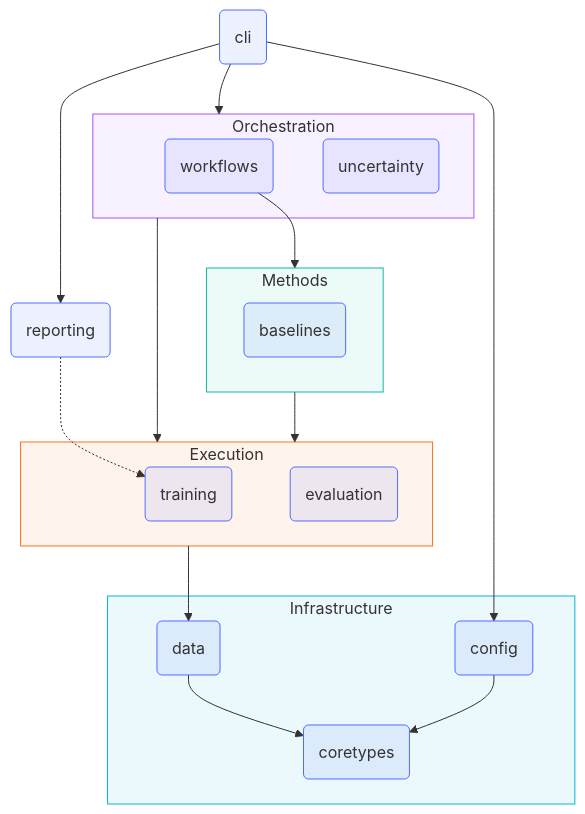
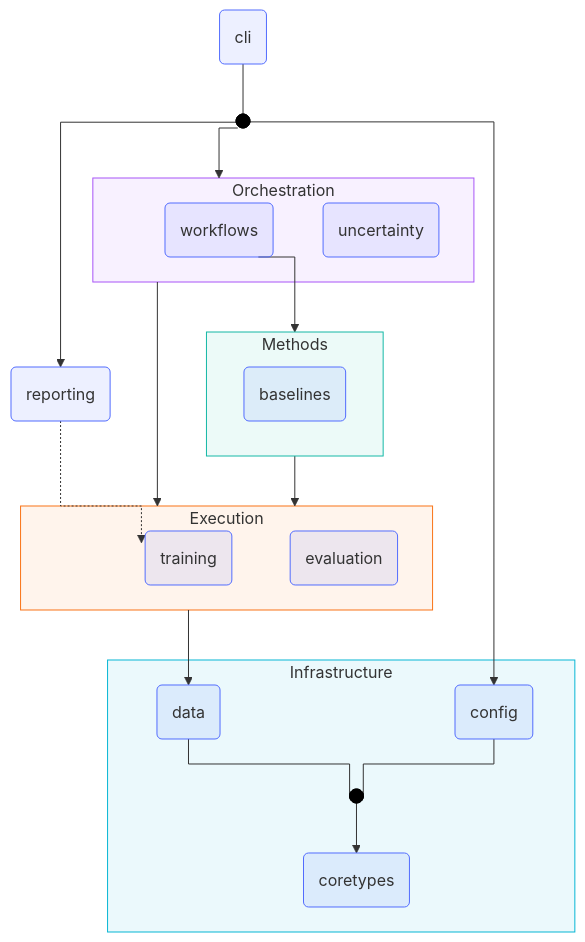
The second of 2 diagrams in docs/architecture/system-design.md (krishdesai7/deconvolve), drawn with Mermaid before and after one commit.

Commit message:
docs: enhance system design documentation by refining Mermaid.js diagrams to improve clarity of package dependencies and relationships

````diff
--- a/docs/architecture/system-design.md
+++ b/docs/architecture/system-design.md
@@ -65,50 +65,65 @@
 ```mermaid
-
+---
+# ELK routes the group-to-group edges around Methods; dagre drops them straight down.
+config:
+  layout: dagre
+  flowchart:
+    curve: stepAfter
+---
 flowchart TB
+    %% Junctions: dagre aims each edge at the target's centre, so fanned-out edges leave cli's
+    %% sides and land on coretypes' corners. Routing them through a point gives a clean bus.
     cli(cli)
+    cliHub@{ shape: f-circ }
 
     reporting(reporting)
 
     subgraph orchestration["Orchestration"]
         workflows(workflows)
         uncertainty(uncertainty)
     end
 
     subgraph methods["Methods"]
         baselines(baselines)
     end
 
     subgraph execution["Execution"]
         training(training)
         evaluation(evaluation)
     end
 
     subgraph infrastructure["Infrastructure"]
         data(data)
         config(config)
+        infraHub@{ shape: f-circ }
         coretypes(coretypes)
     end
 
-    cli --> reporting
-    cli --> orchestration
-    cli --> config
+    cli --- cliHub
+    cliHub --> orchestration
+    cliHub --> reporting
+    cliHub --> config
 
     workflows --> methods
     orchestration --> execution
     methods --> execution
 
     reporting -.-> training
 
     execution --> data
 
-    data --> coretypes
-    config --> coretypes
+    data --- infraHub
+    config --- infraHub
+    infraHub --> coretypes
 
     %% Translucent fills: pastel over the light theme, a tint over the dark one.
     classDef pkg fill:#526cfe1a,stroke:#526cfe
     class cli,workflows,uncertainty,reporting,baselines,training,evaluation,data,config,coretypes pkg
     style orchestration fill:#a855f714,stroke:#a855f7
     style methods fill:#14b8a614,stroke:#14b8a6
     style execution fill:#f9731614,stroke:#f97316
     style infrastructure fill:#06b6d414,stroke:#06b6d4
+    %% currentColor follows the page theme; Mermaid's style parser rejects var().
+    classDef junction fill:currentColor,stroke:currentColor
+    class cliHub,infraHub junction
 ```
````
